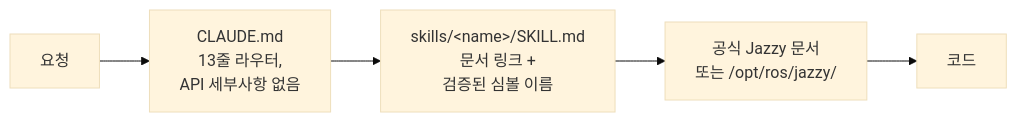
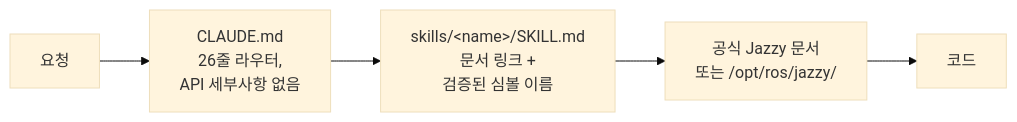
One commit to Leehyunbin0131/claude-ros2-skills changed the diagram in README.ko.md. Above: the diagram before and after it, drawn with Mermaid (base theme). The commit also changed other lines of this file and 11 other files, not shown here.

````diff
--- a/README.ko.md
+++ b/README.ko.md
@@ -145,7 +145,7 @@
 ```mermaid
 flowchart LR
-    A["요청"] --> B["CLAUDE.md<br/>13줄 라우터,<br/>API 세부사항 없음"]
+    A["요청"] --> B["CLAUDE.md<br/>26줄 라우터,<br/>API 세부사항 없음"]
     B --> C["skills/&lt;name&gt;/SKILL.md<br/>문서 링크 +<br/>검증된 심볼 이름"]
     C --> D["공식 Jazzy 문서<br/>또는 /opt/ros/jazzy/"]
     D --> E["코드"]
 ```
````
